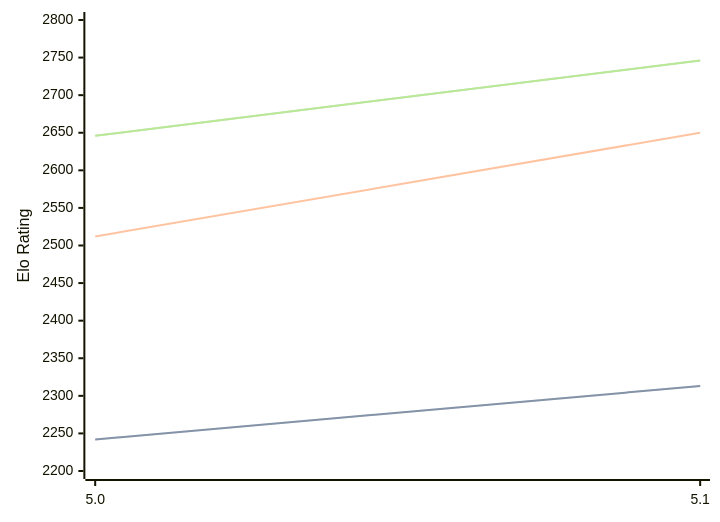
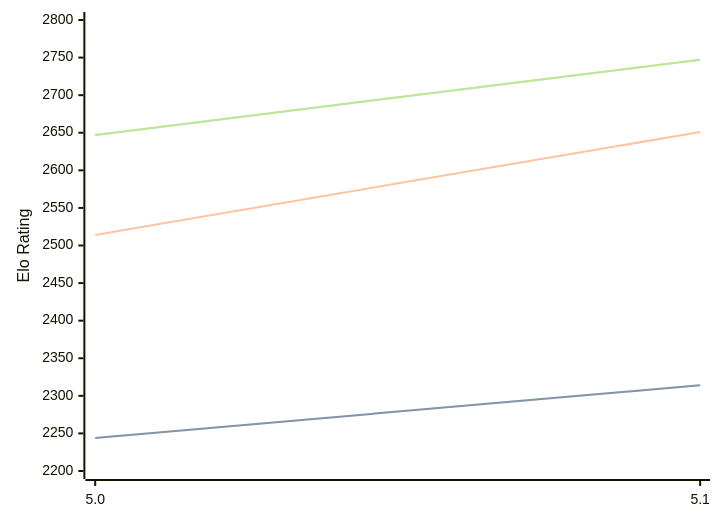
Before and after one commit to computer-chess-index/cci: the diagram in engines/Dorky.md, drawn with Mermaid. The commit also changed other lines of this file, not shown here.

Commit message:
Update CCI Ratings (ELO VLTC) - 2026-10-09

````diff
--- a/engines/Dorky.md
+++ b/engines/Dorky.md
@@ -32,11 +32,11 @@
 ```mermaid
 %%{init: {"theme":"base","themeVariables":{"seriesColors:['#a3a3a3','#222221','#faa371']}}}%%
 xychart-beta
   x-axis ["5.0", "5.1"]
   y-axis "Elo Rating" 2200 --> 2800
-  line "" [2242, 2313]
-  line "STC (8.0+0.08s)" [2242, 2313]
-  line "LTC (60.0+0.60s)" [2512, 2650]
-  line "" [2646, 2746]
-  line "VLTC (2m24s+1.12s)" [2646, 2746]
+  line "" [2244, 2314]
+  line "STC (8.0+0.08s)" [2244, 2314]
+  line "LTC (60.0+0.60s)" [2514, 2651]
+  line "" [2647, 2747]
+  line "VLTC (2m24s+1.12s)" [2647, 2747]
 ```
````
